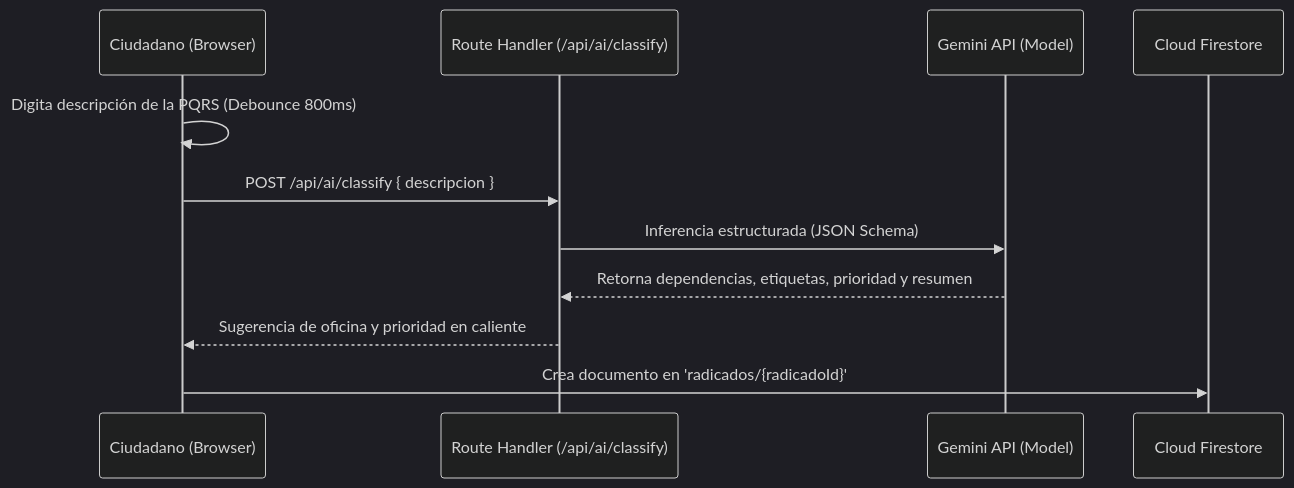
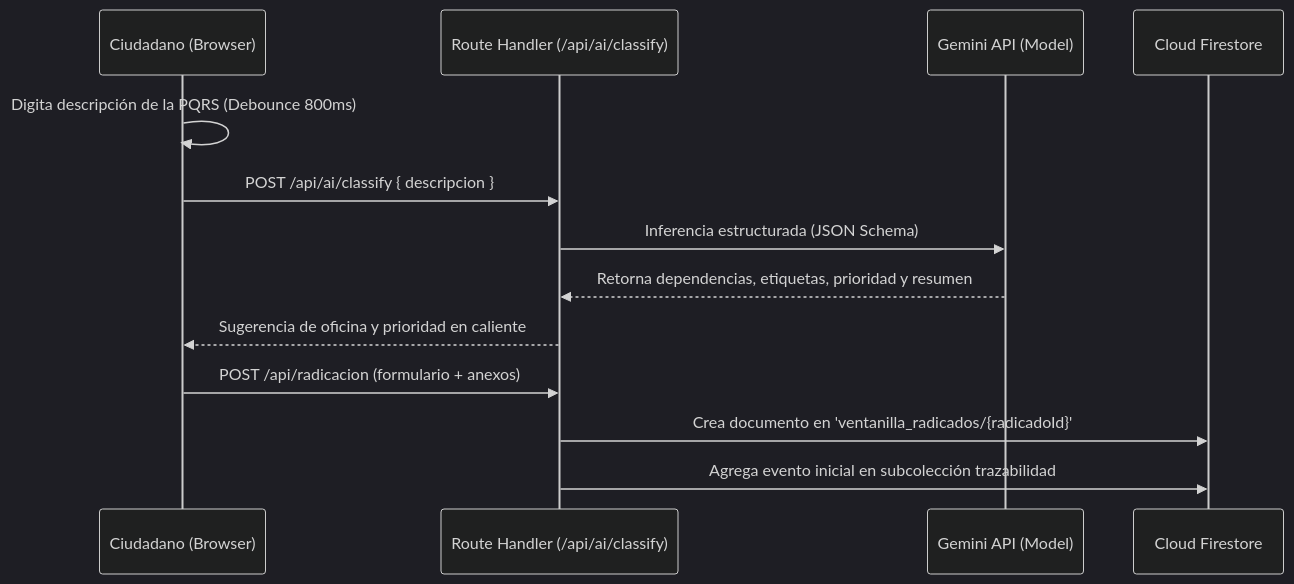
One commit to robinsongalvis/ventanilla.simacota changed the second of 2 diagrams in docs/arquitectura-general.md. Above: the diagram before and after it, drawn with Mermaid (dark theme). The commit also changed 12 other files, not shown here.

````diff
--- a/docs/arquitectura-general.md
+++ b/docs/arquitectura-general.md
@@ -29,14 +29,16 @@
 ```mermaid
 sequenceDiagram
     participant C as Ciudadano (Browser)
     participant API as Route Handler (/api/ai/classify)
     participant G as Gemini API (Model)
     participant FS as Cloud Firestore
     
     C->>C: Digita descripción de la PQRS (Debounce 800ms)
     C->>API: POST /api/ai/classify { descripcion }
     API->>G: Inferencia estructurada (JSON Schema)
     G-->>API: Retorna dependencias, etiquetas, prioridad y resumen
     API-->>C: Sugerencia de oficina y prioridad en caliente
-    C->>FS: Crea documento en 'radicados/{radicadoId}'
+    C->>API: POST /api/radicacion (formulario + anexos)
+    API->>FS: Crea documento en 'ventanilla_radicados/{radicadoId}'
+    API->>FS: Agrega evento inicial en subcolección trazabilidad
 ```
````
